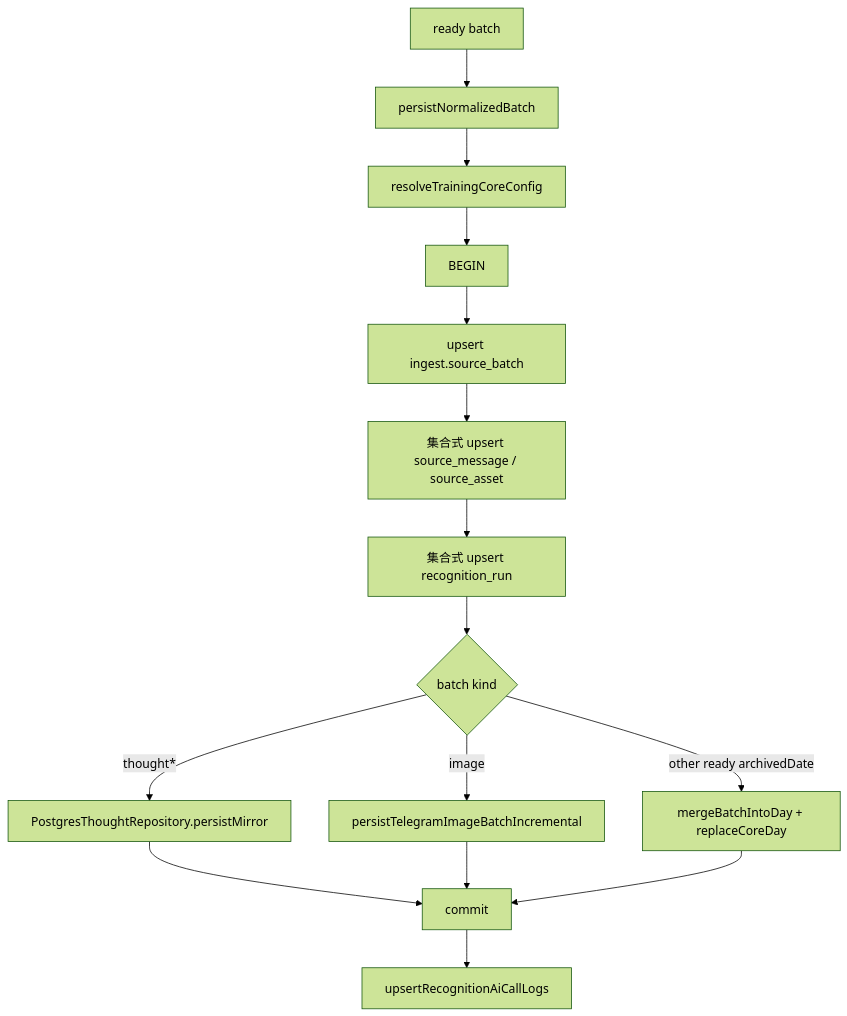
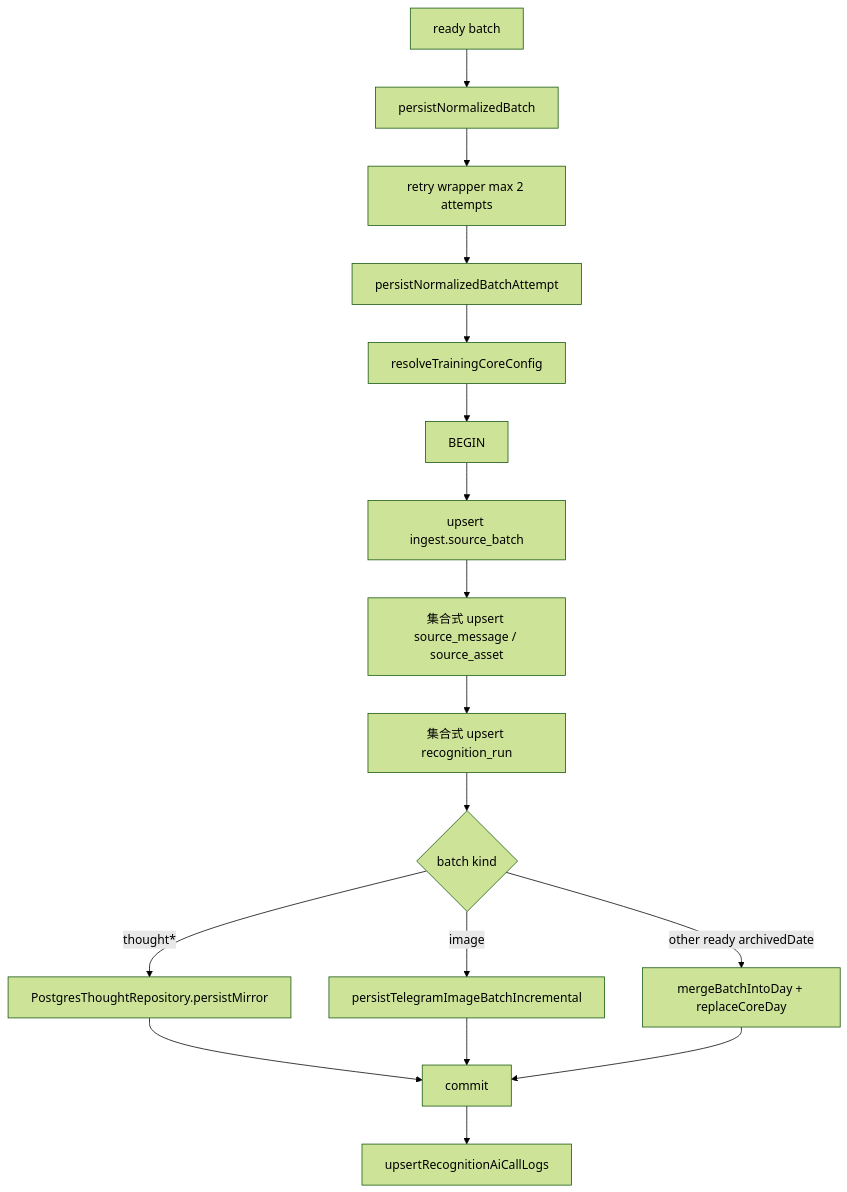
Before and after one commit to soulgo/training_records: the diagram in docs/02_系统核心逻辑/数据入库流程.md, drawn with Mermaid (forest theme). The commit also changed other lines of this file and 6 other files, not shown here.

First line of the commit message:
全面修复图片数据丢失问题（v1.3.5）

````diff
--- a/docs/02_系统核心逻辑/数据入库流程.md
+++ b/docs/02_系统核心逻辑/数据入库流程.md
@@ -5,17 +5,19 @@
 ```mermaid
 flowchart TD
   A[ready batch] --> B[persistNormalizedBatch]
-  B --> C[resolveTrainingCoreConfig]
-  C --> F[BEGIN]
+  B --> B1[retry wrapper max 2 attempts]
+  B1 --> C[persistNormalizedBatchAttempt]
+  C --> D[resolveTrainingCoreConfig]
+  D --> F[BEGIN]
   F --> G[upsert ingest.source_batch]
   G --> H[集合式 upsert source_message / source_asset]
   H --> I[集合式 upsert recognition_run]
   I --> J{batch kind}
   J -->|thought*| K[PostgresThoughtRepository.persistMirror]
   J -->|image| L[persistTelegramImageBatchIncremental]
   J -->|other ready archivedDate| M[mergeBatchIntoDay + replaceCoreDay]
   K --> N[commit]
   L --> N
   M --> N
   N --> O[upsertRecognitionAiCallLogs]
 ```
````
